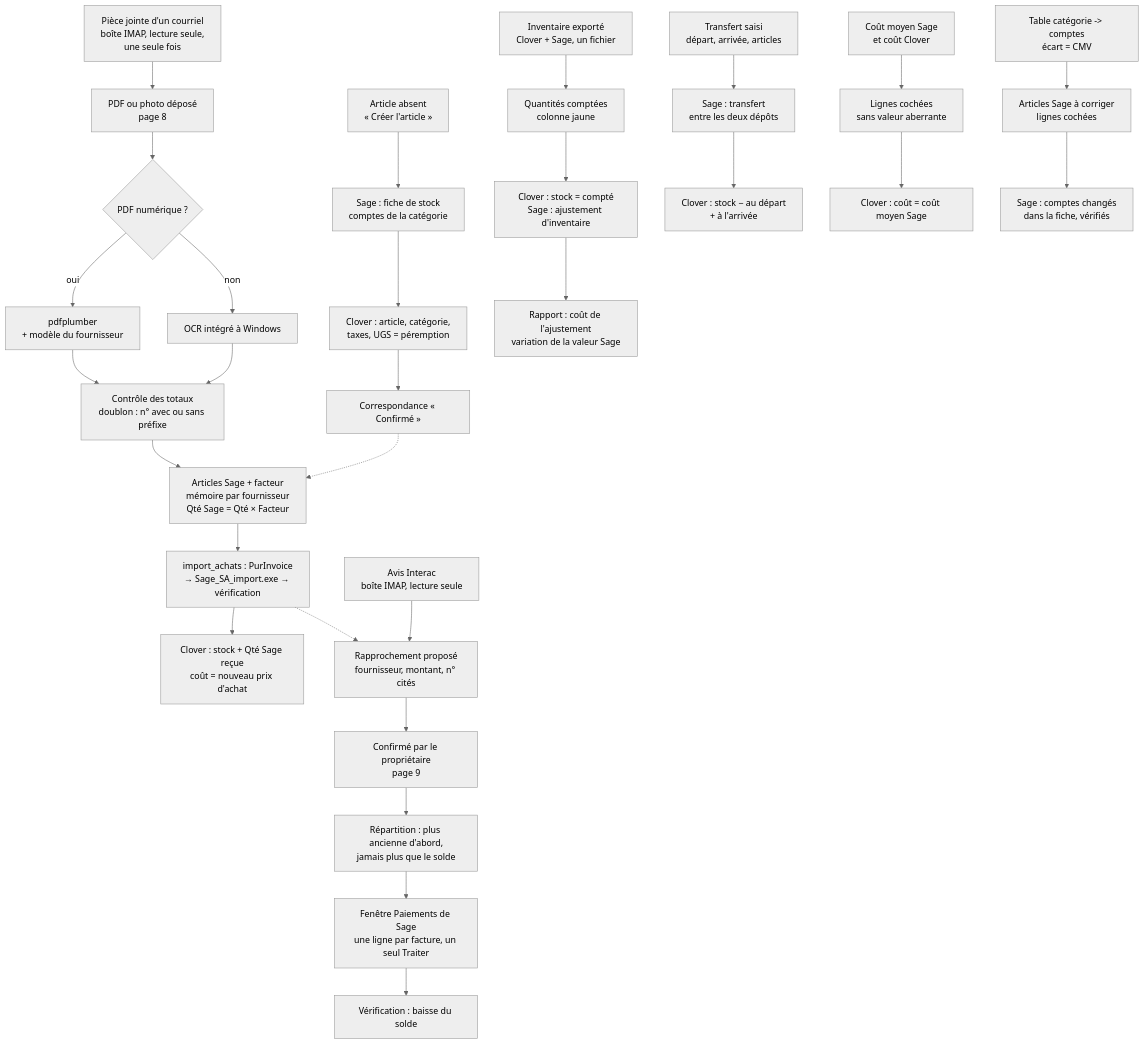
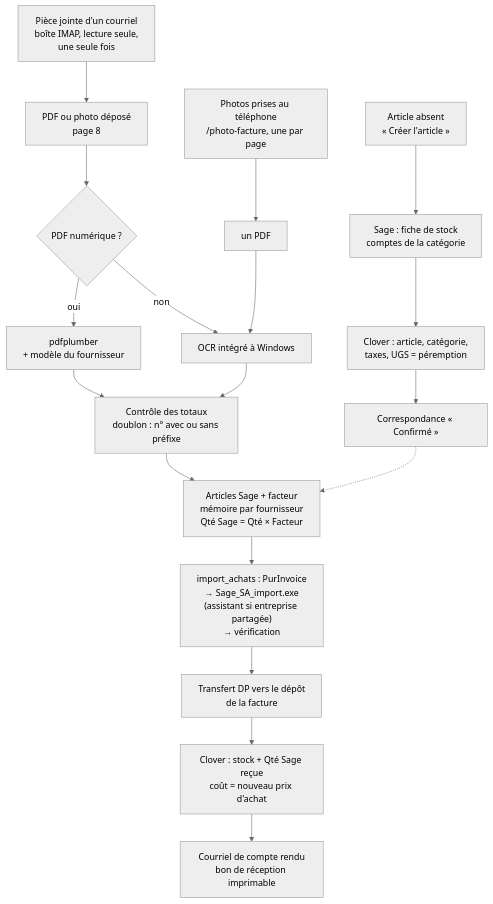
The seventh of 21 diagrams in ARCHITECTURE.md (mteingueng-dot/MVOGMBI_Sync_2026.1), drawn with Mermaid (neutral theme) before and after one commit. The commit also changed other lines of this file and 34 other files, not shown here.

````diff
--- a/ARCHITECTURE.md
+++ b/ARCHITECTURE.md
@@ -319,30 +330,18 @@
 ```mermaid
 flowchart TD
     P0["Pièce jointe d'un courriel<br/>boîte IMAP, lecture seule,<br/>une seule fois"] --> P1
     P1["PDF ou photo déposé<br/>page 8"] --> P2{"PDF numérique ?"}
+    PH["Photos prises au téléphone<br/>/photo-facture, une par page"] --> PHP["un PDF"] --> P4
     P2 -- oui --> P3["pdfplumber<br/>+ modèle du fournisseur"]
     P2 -- non --> P4["OCR intégré à Windows"]
     P3 & P4 --> P5["Contrôle des totaux<br/>doublon : n° avec ou sans préfixe"]
     P5 --> P6["Articles Sage + facteur<br/>mémoire par fournisseur<br/>Qté Sage = Qté × Facteur"]
-    P6 --> P7["import_achats : PurInvoice<br/>→ Sage_SA_import.exe → vérification"]
-    P7 --> P8["Clover : stock + Qté Sage reçue<br/>coût = nouveau prix d'achat"]
+    P6 --> P7["import_achats : PurInvoice<br/>→ Sage_SA_import.exe<br/>(assistant si entreprise partagée)<br/>→ vérification"]
+    P7 --> P7b["Transfert DP vers le dépôt<br/>de la facture"]
+    P7b --> P8["Clover : stock + Qté Sage reçue<br/>coût = nouveau prix d'achat"]
+    P8 --> P9["Courriel de compte rendu<br/>bon de réception imprimable"]
     N1["Article absent<br/>« Créer l'article »"] --> N2["Sage : fiche de stock<br/>comptes de la catégorie"]
     N2 --> N3["Clover : article, catégorie,<br/>taxes, UGS = péremption"]
     N3 --> N4["Correspondance « Confirmé »"]
     N4 -.-> P6
-    I1["Inventaire exporté<br/>Clover + Sage, un fichier"] --> I2["Quantités comptées<br/>colonne jaune"]
-    I2 --> I3["Clover : stock = compté<br/>Sage : ajustement d'inventaire"]
-    I3 --> I4["Rapport : coût de l'ajustement<br/>variation de la valeur Sage"]
-    X1["Transfert saisi<br/>départ, arrivée, articles"] --> X2["Sage : transfert<br/>entre les deux dépôts"]
-    X2 --> X3["Clover : stock − au départ<br/>+ à l'arrivée"]
-    K1["Coût moyen Sage<br/>et coût Clover"] --> K2["Lignes cochées<br/>sans valeur aberrante"]
-    K2 --> K3["Clover : coût = coût moyen Sage"]
-    T1["Table catégorie -> comptes<br/>écart = CMV"] --> T2["Articles Sage à corriger<br/>lignes cochées"]
-    T2 --> T3["Sage : comptes changés<br/>dans la fiche, vérifiés"]
-    M1["Avis Interac<br/>boîte IMAP, lecture seule"] --> M2["Rapprochement proposé<br/>fournisseur, montant, n° cités"]
-    M2 --> M3["Confirmé par le propriétaire<br/>page 9"]
-    M3 --> M4["Répartition : plus ancienne d'abord,<br/>jamais plus que le solde"]
-    M4 --> M5["Fenêtre Paiements de Sage<br/>une ligne par facture, un seul Traiter"]
-    M5 --> M6["Vérification : baisse du solde"]
-    P7 -.-> M2
 ```
````
